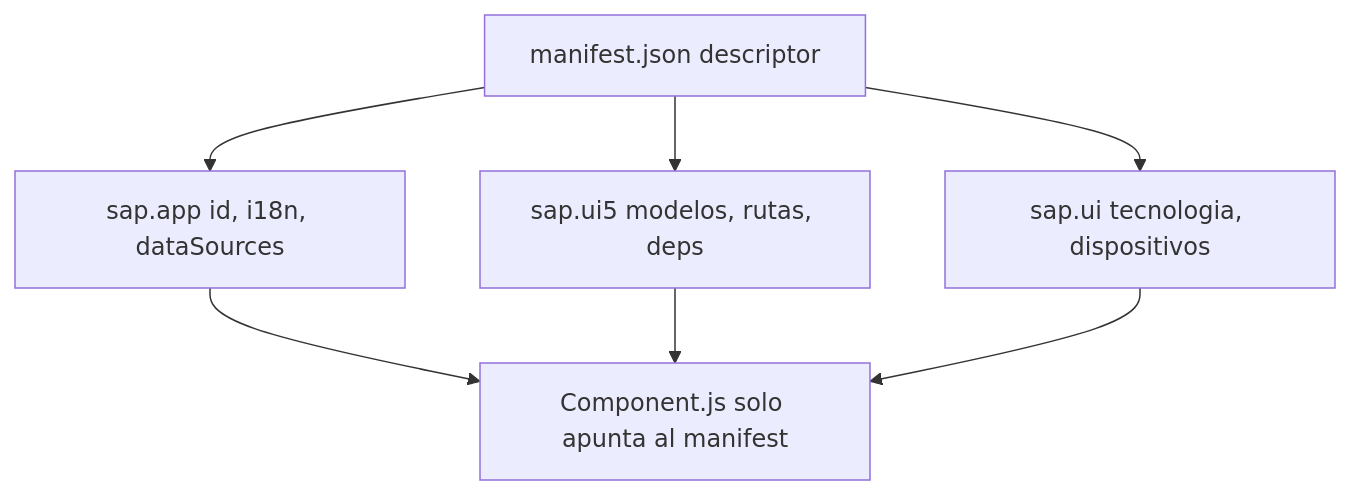
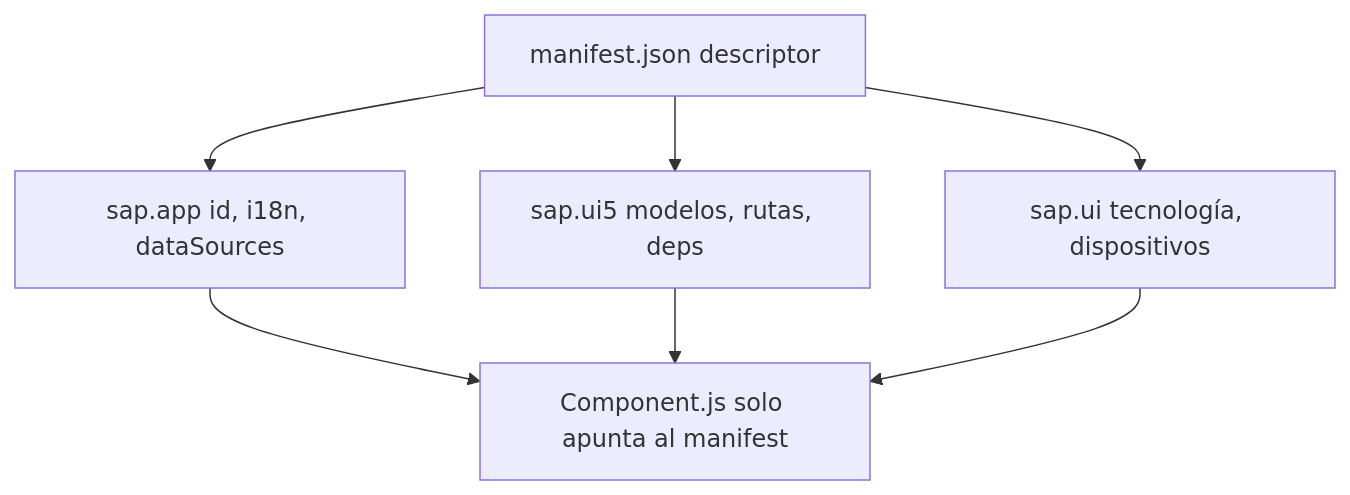
Before and after one commit to logalitech/blog-content: the diagram in es/ui5-manifest-descriptor.mdx, drawn with Mermaid. The commit also changed other lines of this file and 49 other files, not shown here.

````diff
--- a/es/ui5-manifest-descriptor.mdx
+++ b/es/ui5-manifest-descriptor.mdx
@@ -38,9 +38,9 @@
 ```mermaid
 flowchart TB
  MF["manifest.json descriptor"] --> APP["sap.app id, i18n, dataSources"]
- MF --> UI["sap.ui tecnologia, dispositivos"]
+ MF --> UI["sap.ui tecnología, dispositivos"]
  MF --> UI5["sap.ui5 modelos, rutas, deps"]
  APP --> COMP["Component.js solo apunta al manifest"]
  UI5 --> COMP
  UI --> COMP
 ```
````
